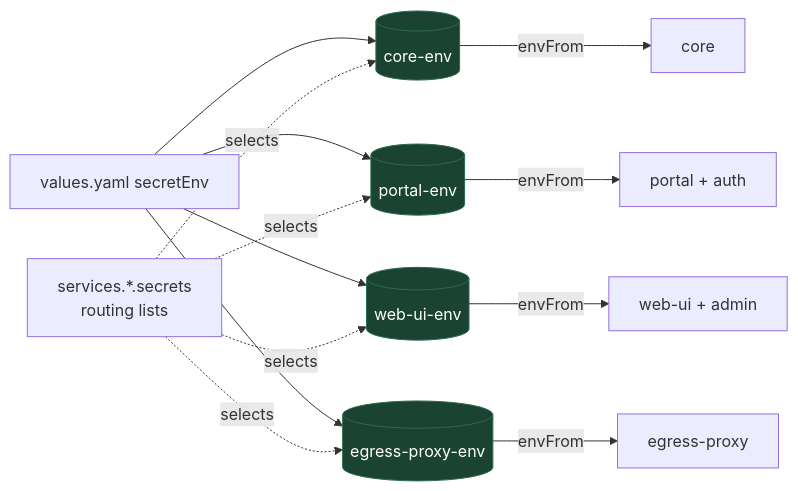
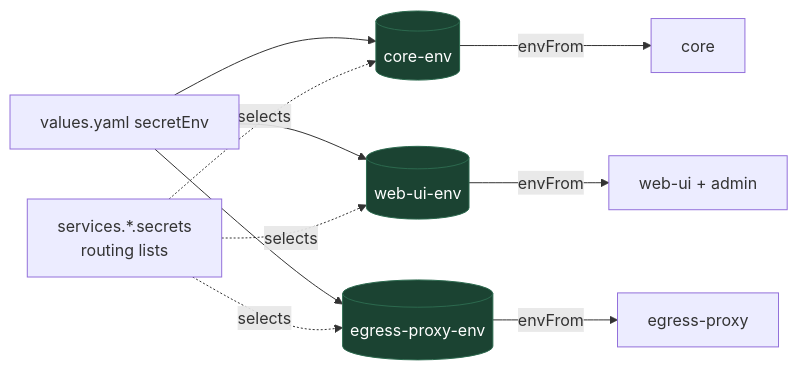
The second of 2 diagrams in docs/helm-per-service-secrets.md (agentsky/qm), drawn with Mermaid before and after one commit. The commit also changed other lines of this file and 421 other files, not shown here.

````diff
--- a/docs/helm-per-service-secrets.md
+++ b/docs/helm-per-service-secrets.md
@@ -323,29 +249,24 @@
 ```mermaid
 graph LR
   V["values.yaml secretEnv"]
   R["services.*.secrets<br/>routing lists"]
   SC[("core-env")]
-  SP[("portal-env")]
   SW[("web-ui-env")]
   SE[("egress-proxy-env")]
   Core["core"]
-  Portal["portal + auth"]
   Web["web-ui + admin"]
   Egress["egress-proxy"]
 
   V --> SC
-  V --> SP
   V --> SW
   V --> SE
   R -. selects .-> SC
-  R -. selects .-> SP
   R -. selects .-> SW
   R -. selects .-> SE
   SC -->|"envFrom"| Core
-  SP -->|"envFrom"| Portal
   SW -->|"envFrom"| Web
   SE -->|"envFrom"| Egress
 
   classDef good fill:#1b4332,stroke:#2d6a4f,color:#fff
-  class SC,SP,SW,SE good
+  class SC,SW,SE good
 ```
````
